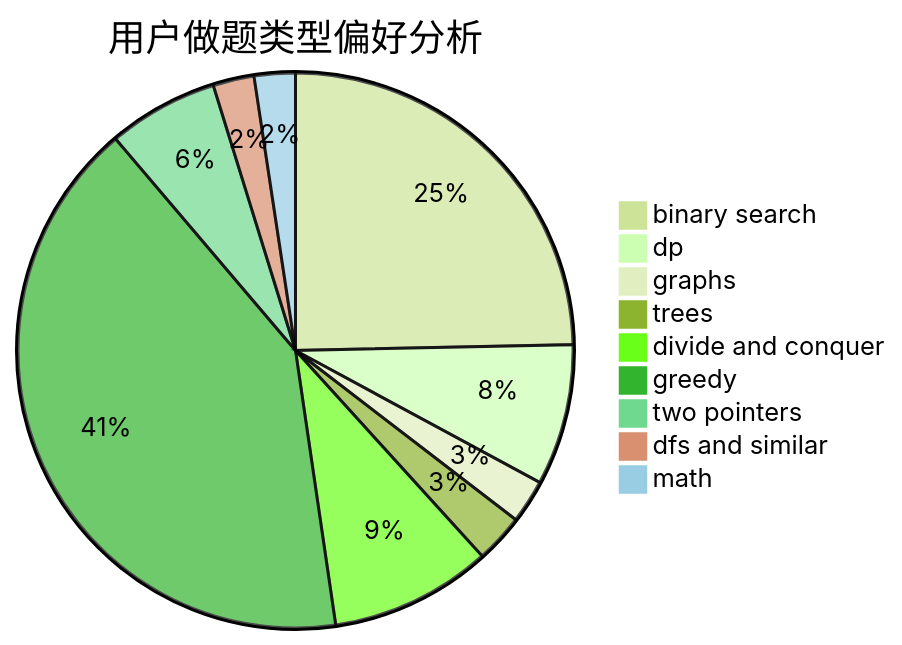
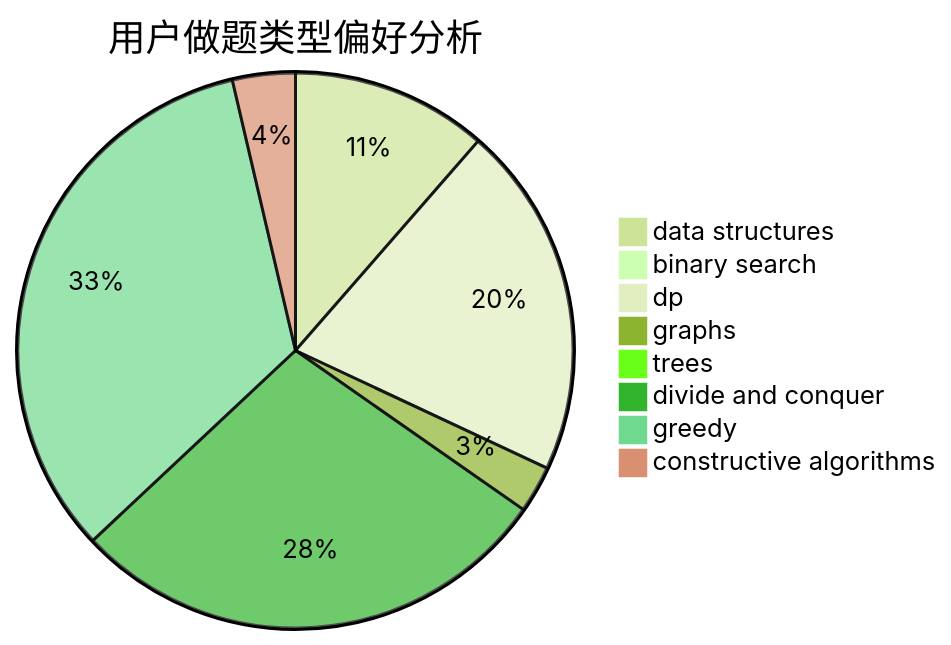
The second of 3 diagrams in docs/user/u1682.md (sherpahu/cfrs.github.io), drawn with Mermaid (forest theme) before and after one commit. The commit also changed other lines of this file and 2775 other files, not shown here.

````diff
--- a/docs/user/u1682.md
+++ b/docs/user/u1682.md
@@ -23,12 +23,11 @@
 ```mermaid
 pie title 用户做题类型偏好分析
-    "binary search" :  165
-    "dp" :  55
-    "graphs" :  17
-    "trees" :  19
-    "divide and conquer" :  63
-    "greedy" :  275
-    "two pointers" :  43
-    "dfs and similar" :  16
-    "math" :  16
+    "data structures" :  25
+    "binary search" :  0
+    "dp" :  45
+    "graphs" :  6
+    "trees" :  1
+    "divide and conquer" :  62
+    "greedy" :  73
+    "constructive algorithms" :  8
 ```
````
